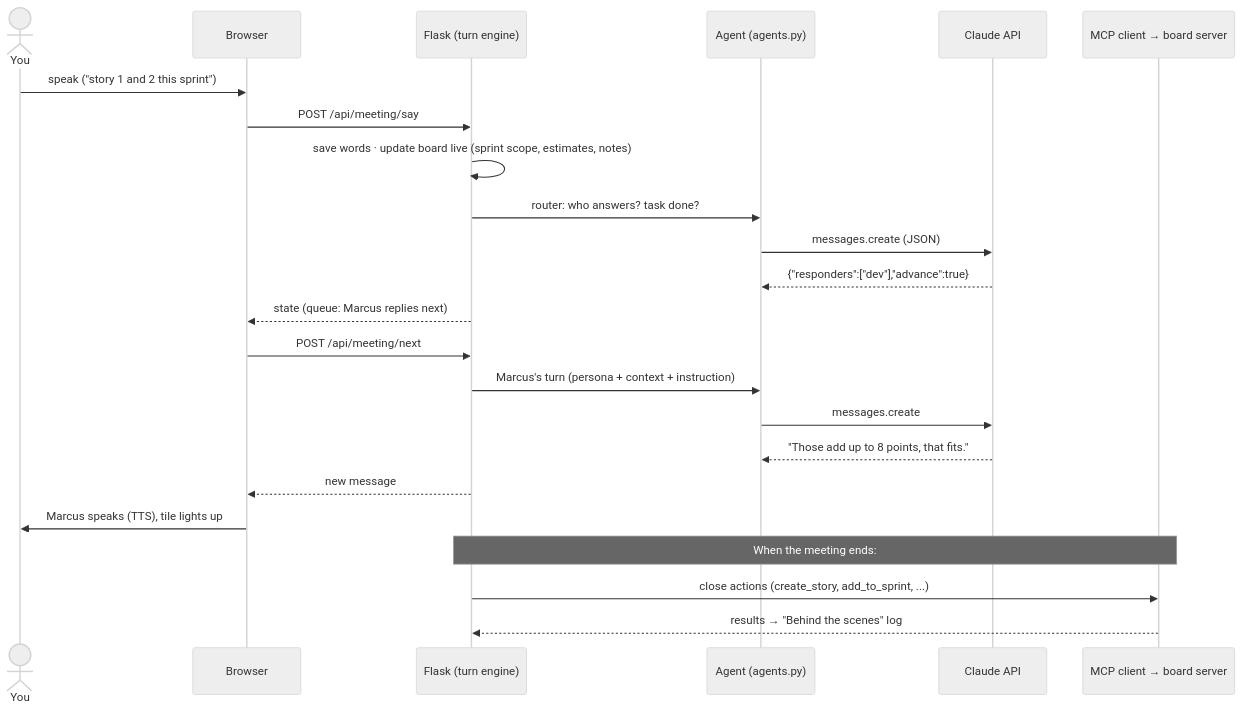
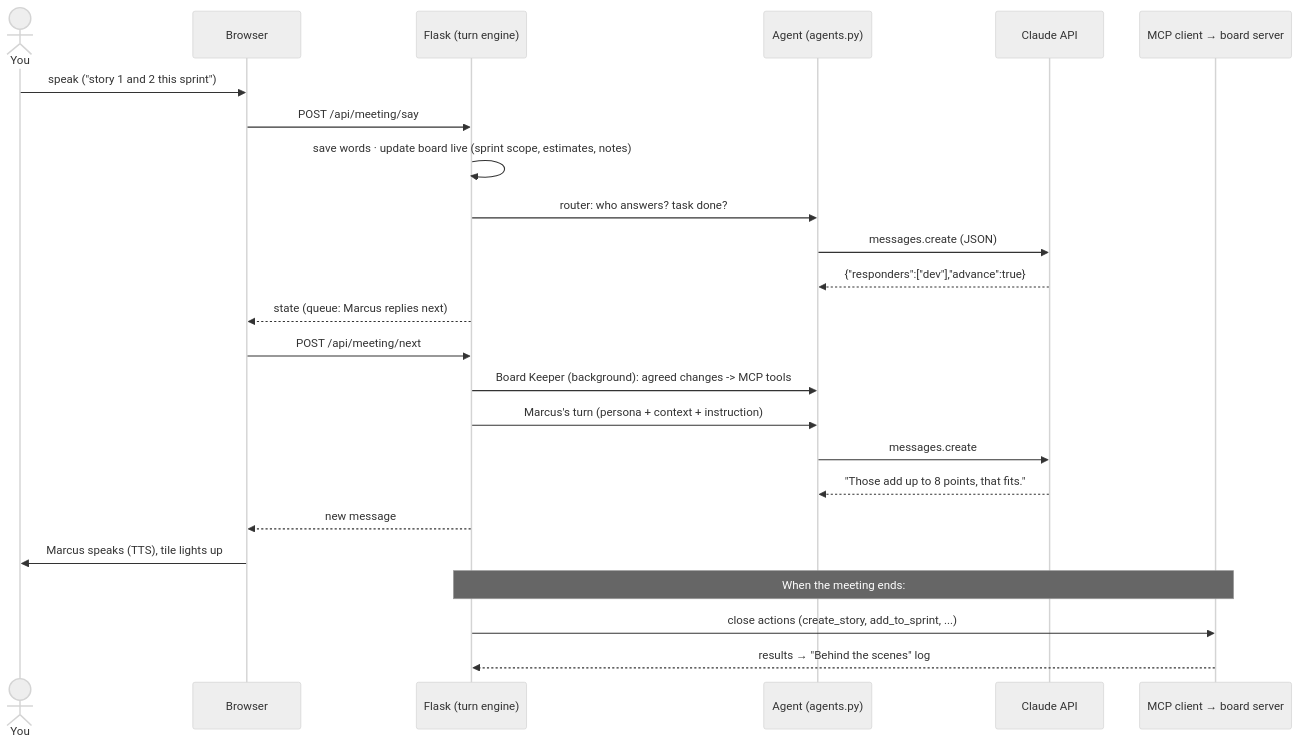
One commit to Vudum/aiscrum changed the second of 2 diagrams in architecture.md. Above: the diagram before and after it, drawn with Mermaid (neutral theme). The commit also changed other lines of this file and 2 other files, not shown here.

Commit message:
Short README for readers, add CONTRIBUTING, update architecture

````diff
--- a/architecture.md
+++ b/architecture.md
@@ -107,26 +111,27 @@
 ```mermaid
 sequenceDiagram
     actor You
     participant B as Browser
     participant F as Flask (turn engine)
     participant A as Agent (agents.py)
     participant C as Claude API
     participant M as MCP client → board server
 
     You->>B: speak ("story 1 and 2 this sprint")
     B->>F: POST /api/meeting/say
     F->>F: save words · update board live (sprint scope, estimates, notes)
     F->>A: router: who answers? task done?
     A->>C: messages.create (JSON)
     C-->>A: {"responders":["dev"],"advance":true}
     F-->>B: state (queue: Marcus replies next)
     B->>F: POST /api/meeting/next
+    F->>A: Board Keeper (background): agreed changes -> MCP tools
     F->>A: Marcus's turn (persona + context + instruction)
     A->>C: messages.create
     C-->>A: "Those add up to 8 points, that fits."
     F-->>B: new message
     B->>You: Marcus speaks (TTS), tile lights up
     Note over F,M: When the meeting ends:
     F->>M: close actions (create_story, add_to_sprint, ...)
     M-->>F: results → "Behind the scenes" log
 ```
````
